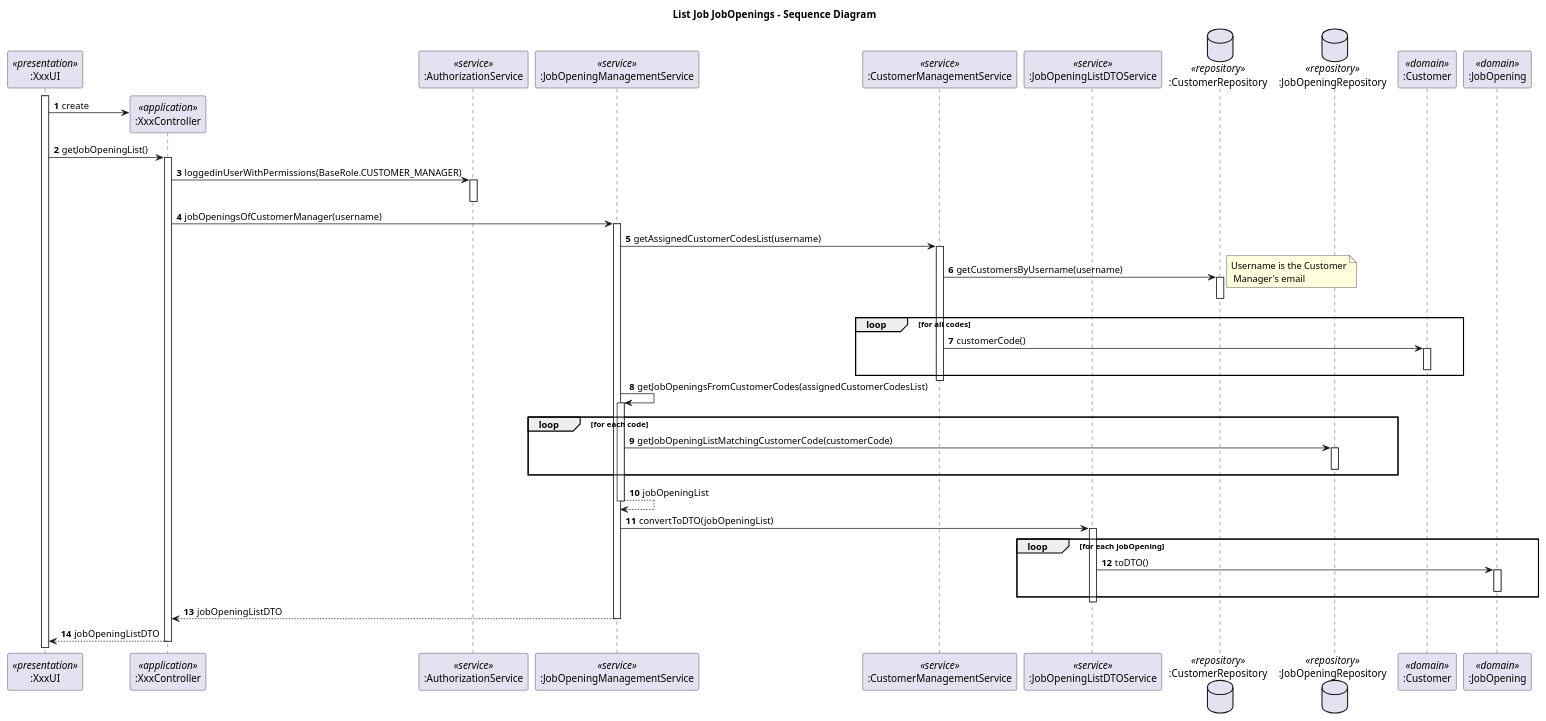
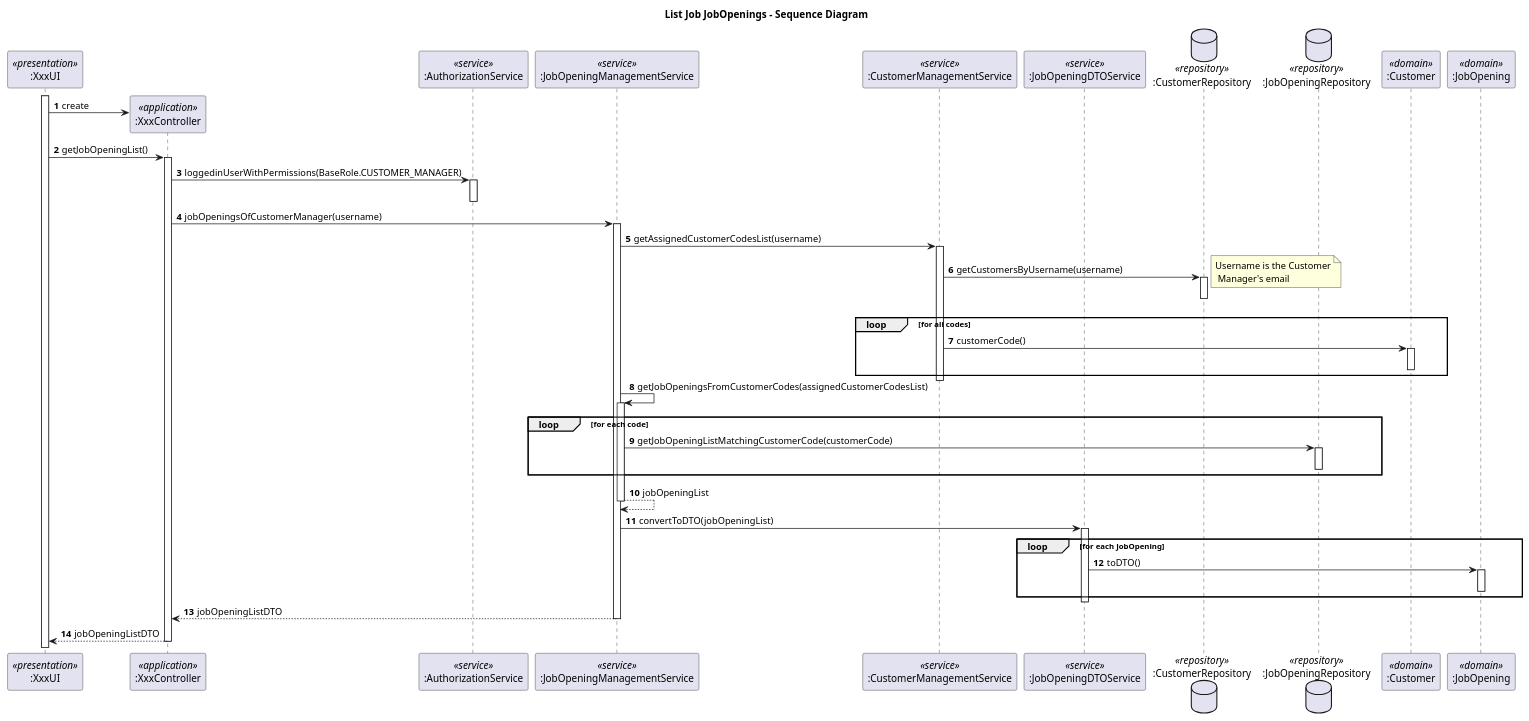
One commit to rita-barbosa/LAPR4-2324 changed the diagram in docs/team-decisions/shared-sequence-diagram/sequence-diagram-get-job-openings.puml. Above: the diagram before and after it, drawn with PlantUML. The commit also changed 3 other files, not shown here.

Commit message:
docs: adds sequence diagram of us1004; updates sequence-diagram-get-job-openings. [#162]

```diff
--- a/docs/team-decisions/shared-sequence-diagram/sequence-diagram-get-job-openings.puml
+++ b/docs/team-decisions/shared-sequence-diagram/sequence-diagram-get-job-openings.puml
@@ -1,77 +1,77 @@
 @startuml
 'https://plantuml.com/sequence-diagram
 
 title List Job JobOpenings - Sequence Diagram
 
 autonumber
 
 participant ":XxxUI" as UI <<presentation>>
 participant ":XxxController" as CTRL <<application>>
 participant ":AuthorizationService" as AUTHZ <<service>>
 participant ":JobOpeningManagementService" as JOMS <<service>>
 participant ":CustomerManagementService" as CMS <<service>>
-participant ":JobOpeningListDTOService" as JOS_DTO <<service>>
+participant ":JobOpeningDTOService" as JOS_DTO <<service>>
 database ":CustomerRepository" as CM_REPO <<repository>>
 database ":JobOpeningRepository" as JO_REPO <<repository>>
 participant ":Customer" as CM <<domain>>
 participant ":JobOpening" as JO <<domain>>
 
 
 activate UI
 
 UI -> CTRL**: create
 
 UI -> CTRL : getJobOpeningList()
 activate CTRL
 
     CTRL -> AUTHZ : loggedinUserWithPermissions(BaseRole.CUSTOMER_MANAGER)
     activate AUTHZ
     deactivate AUTHZ
 
     CTRL -> JOMS: jobOpeningsOfCustomerManager(username)
     activate JOMS
 
 
     JOMS -> CMS : getAssignedCustomerCodesList(username)
     activate CMS
 
         CMS -> CM_REPO : getCustomersByUsername(username)
         note right: Username is the Customer\n Manager's email
         activate CM_REPO
         deactivate CM_REPO
 
         loop for all codes
             CMS -> CM : customerCode()
             activate CM
             deactivate CM
         end loop
 
     deactivate CMS
 
     JOMS -> JOMS : getJobOpeningsFromCustomerCodes(assignedCustomerCodesList)
     activate JOMS
         loop for each code
         JOMS -> JO_REPO : getJobOpeningListMatchingCustomerCode(customerCode)
         activate JO_REPO
         deactivate JO_REPO
         end loop
     JOMS --> JOMS: jobOpeningList
     deactivate JOMS
 
 JOMS -> JOS_DTO : convertToDTO(jobOpeningList)
 activate JOS_DTO
 
     loop for each JobOpening
         JOS_DTO -> JO : toDTO()
         activate JO
         deactivate JO
     end loop
 deactivate JOS_DTO
 
 JOMS --> CTRL : jobOpeningListDTO
 deactivate JOMS
 
 CTRL --> UI: jobOpeningListDTO
 deactivate CTRL
 
 @enduml
```
